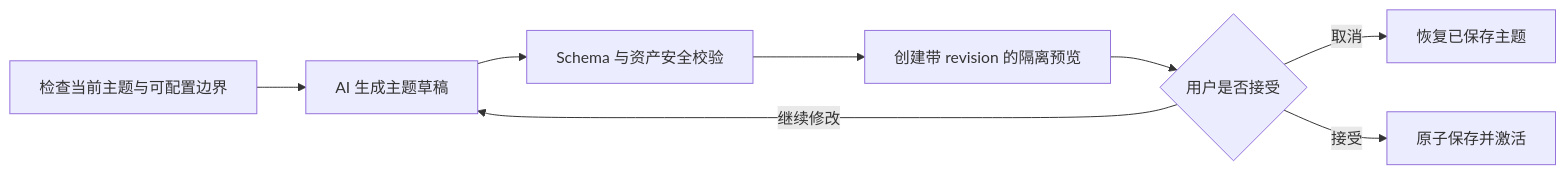
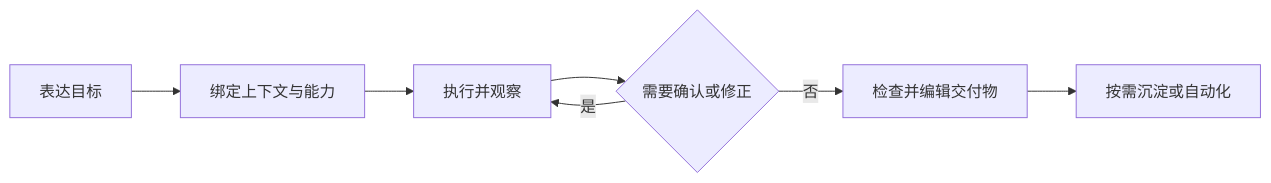
The diagram in docs/product.md (chuancyzhang/deepseek-cowork), drawn with Mermaid before and after one commit. The commit also changed other lines of this file and 12 other files, not shown here.

````diff
--- a/docs/product.md
+++ b/docs/product.md
@@ -71,10 +22,9 @@
 ```mermaid
 flowchart LR
-    A["检查当前主题与可配置边界"] --> B["AI 生成主题草稿"]
-    B --> C["Schema 与资产安全校验"]
-    C --> D["创建带 revision 的隔离预览"]
-    D --> E{"用户是否接受"}
-    E -- "继续修改" --> B
-    E -- "取消" --> F["恢复已保存主题"]
-    E -- "接受" --> G["原子保存并激活"]
+    A["表达目标"] --> B["绑定上下文与能力"]
+    B --> C["执行并观察"]
+    C --> D{"需要确认或修正"}
+    D -- "是" --> C
+    D -- "否" --> E["检查并编辑交付物"]
+    E --> F["按需沉淀或自动化"]
 ```
````
